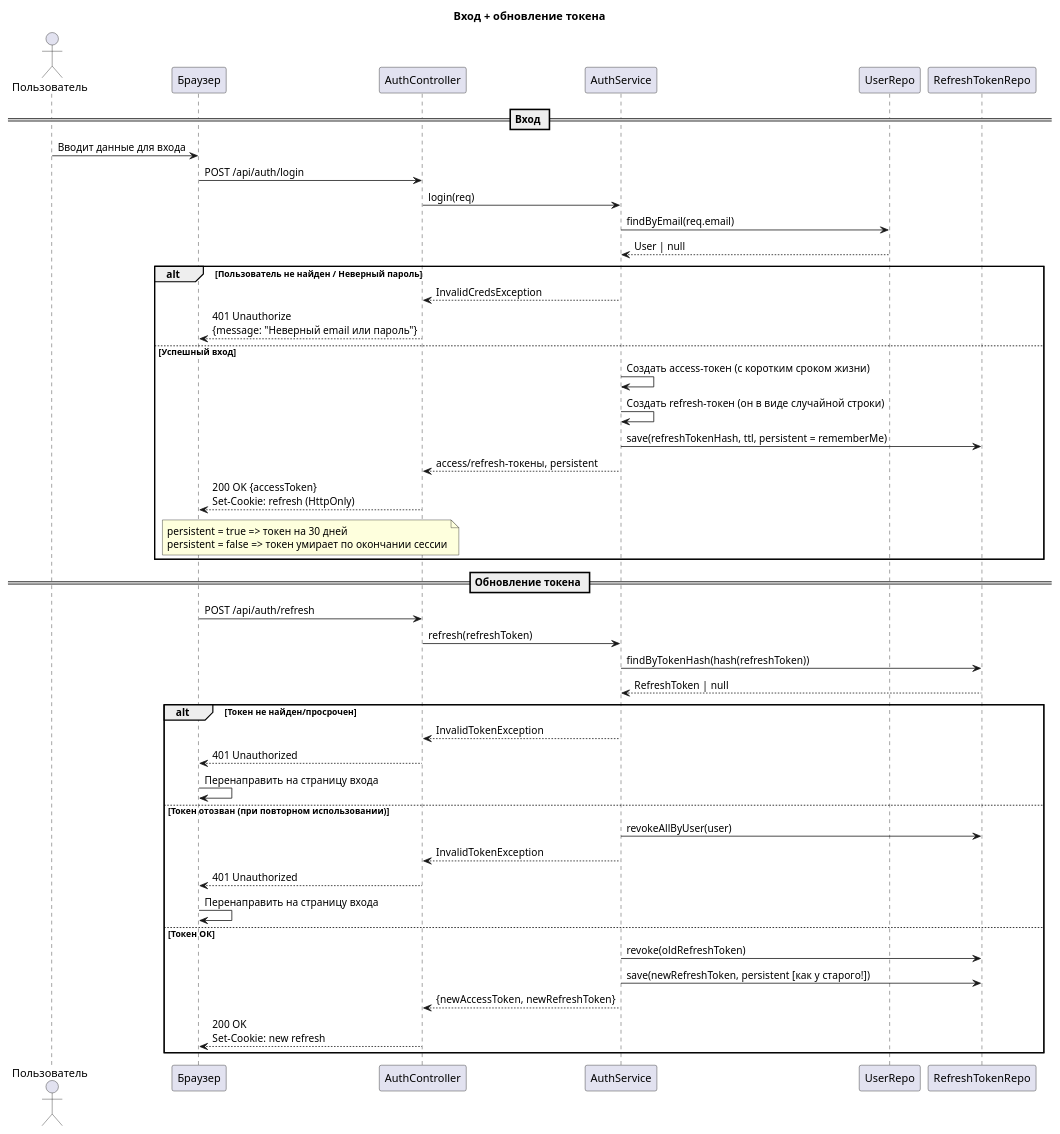
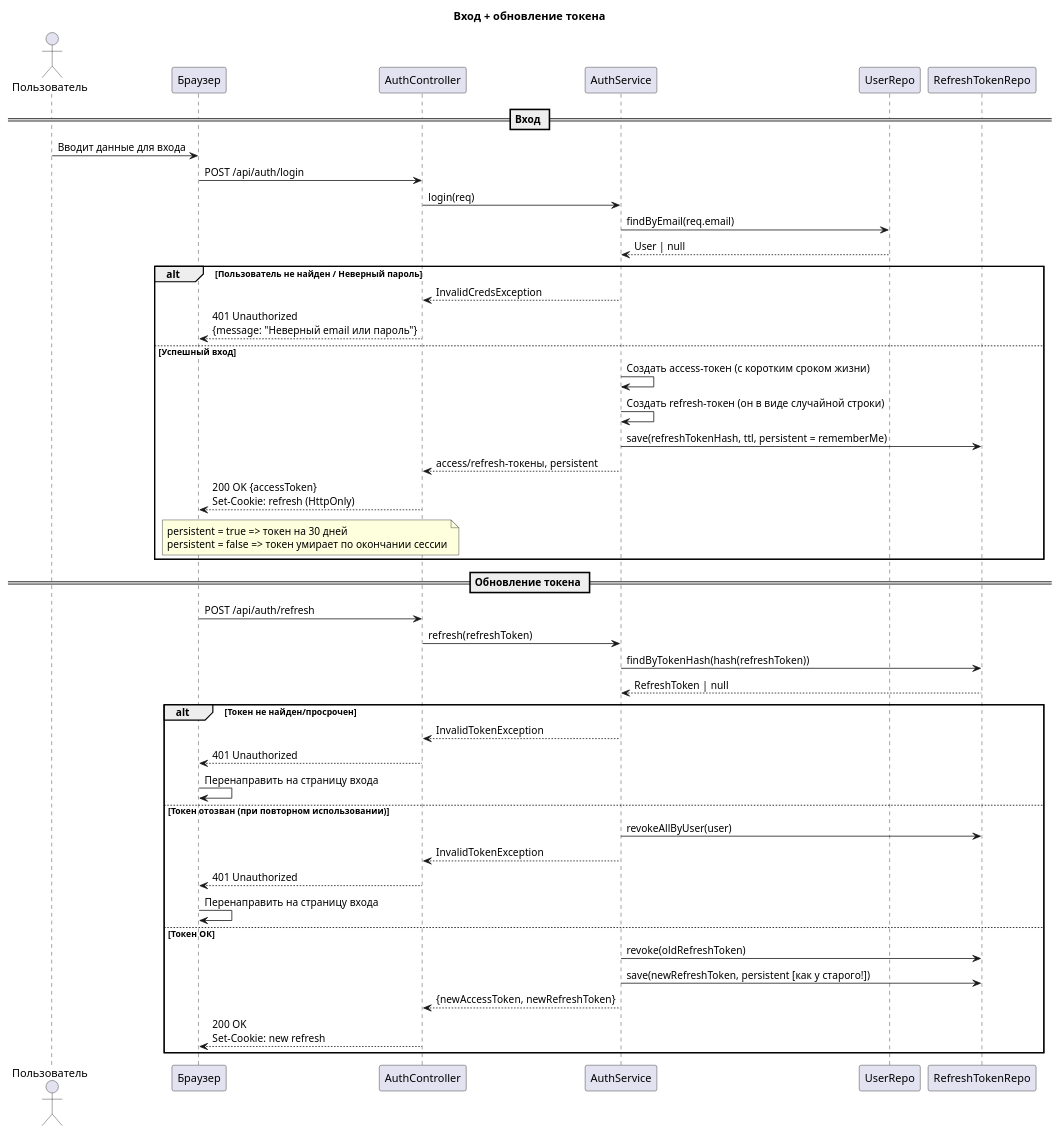
Before and after one commit to anufrievalex2006/StudyEnglish: the diagram in docs/diagrams/plantuml/sequences/auth.puml, drawn with PlantUML. The commit also changed 4 other files, not shown here.

Commit message:
Фикс диаграмм + написал документацию к проекту

```diff
--- a/docs/diagrams/plantuml/sequences/auth.puml
+++ b/docs/diagrams/plantuml/sequences/auth.puml
@@ -1,54 +1,54 @@
 @startuml AuthSequence
 title Вход + обновление токена
 
 actor "Пользователь" as user
 participant "Браузер" as browser
 participant "AuthController" as controller
 participant "AuthService" as service
 participant "UserRepo" as repo
 participant "RefreshTokenRepo" as rtrepo
 
 == Вход ==
 user -> browser: Вводит данные для входа
 browser -> controller: POST /api/auth/login
 controller -> service: login(req)
 service -> repo: findByEmail(req.email)
 repo --> service: User | null
 
 alt Пользователь не найден / Неверный пароль
     service --> controller: InvalidCredsException
-    controller --> browser: 401 Unauthorize\n{message: "Неверный email или пароль"}
+    controller --> browser: 401 Unauthorized\n{message: "Неверный email или пароль"}
 else Успешный вход
     service -> service: Создать access-токен (с коротким сроком жизни)
     service -> service: Создать refresh-токен (он в виде случайной строки)
     service -> rtrepo: save(refreshTokenHash, ttl, persistent = rememberMe)
     service --> controller: access/refresh-токены, persistent
     controller --> browser: 200 OK {accessToken}\nSet-Cookie: refresh (HttpOnly)
     note over browser, controller
         persistent = true => токен на 30 дней
         persistent = false => токен умирает по окончании сессии
     end note
 end
 
 == Обновление токена ==
 browser -> controller: POST /api/auth/refresh
 controller -> service: refresh(refreshToken)
 service -> rtrepo: findByTokenHash(hash(refreshToken))
 rtrepo --> service: RefreshToken | null
 
 alt Токен не найден/просрочен
     service --> controller: InvalidTokenException
     controller --> browser: 401 Unauthorized
     browser -> browser: Перенаправить на страницу входа
 else Токен отозван (при повторном использовании)
     service -> rtrepo: revokeAllByUser(user)
     service --> controller: InvalidTokenException
     controller --> browser: 401 Unauthorized
     browser -> browser: Перенаправить на страницу входа
 else Токен ОК
     service -> rtrepo: revoke(oldRefreshToken)
     service -> rtrepo: save(newRefreshToken, persistent [как у старого!])
     service --> controller: {newAccessToken, newRefreshToken}
     controller --> browser: 200 OK\nSet-Cookie: new refresh
 end
 @enduml
```
